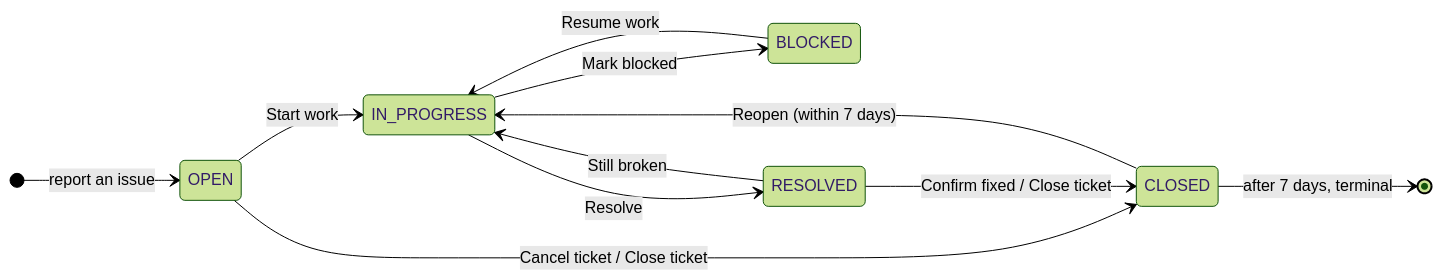
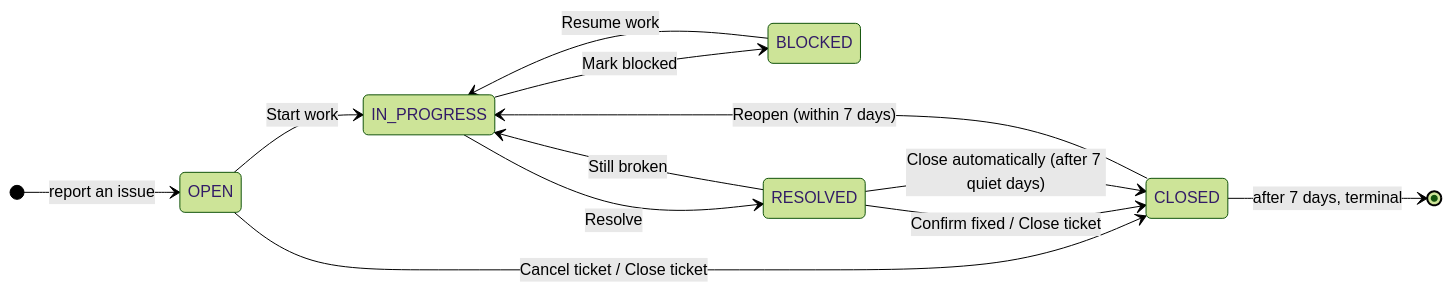
The third of 3 diagrams in README.md (kunzhutich/citi-workshop), drawn with Mermaid (forest theme) before and after one commit. The commit also changed other lines of this file and 20 other files, not shown here.

````diff
--- a/README.md
+++ b/README.md
@@ -370,14 +392,15 @@
 ```mermaid
 stateDiagram-v2
     direction LR
     [*] --> OPEN: report an issue
     OPEN --> IN_PROGRESS: Start work
     OPEN --> CLOSED: Cancel ticket / Close ticket
     IN_PROGRESS --> BLOCKED: Mark blocked
     BLOCKED --> IN_PROGRESS: Resume work
     IN_PROGRESS --> RESOLVED: Resolve
     RESOLVED --> CLOSED: Confirm fixed / Close ticket
+    RESOLVED --> CLOSED: Close automatically (after 7 quiet days)
     RESOLVED --> IN_PROGRESS: Still broken
     CLOSED --> IN_PROGRESS: Reopen (within 7 days)
     CLOSED --> [*]: after 7 days, terminal
 ```
````
